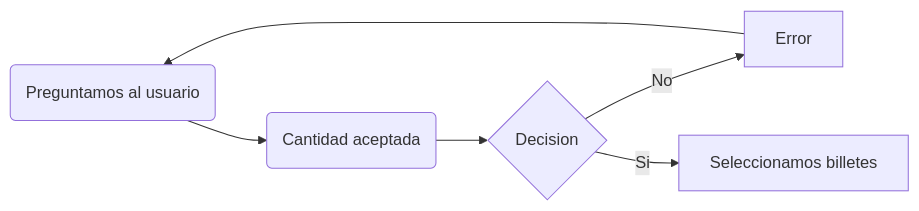
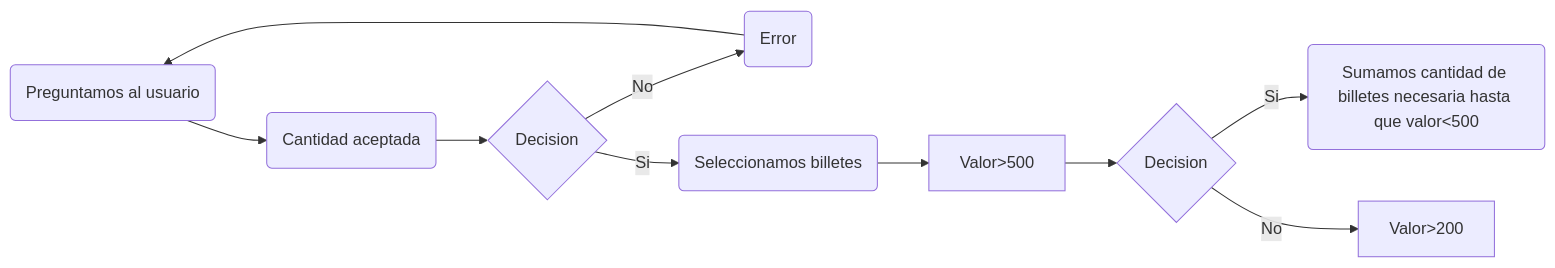
The first of 2 diagrams in README.md (PachecoASIR/Diagramas), drawn with Mermaid before and after one commit.

````diff
--- a/README.md
+++ b/README.md
@@ -9,8 +9,12 @@
 ```mermaid
 flowchart LR
     A(Preguntamos al usuario) -->B(Cantidad aceptada)
     B --> C{Decision}
-    C -->|No| D[Error]
-    C -->|Si| E[Seleccionamos billetes]
+    C -->|No| D(Error)
+    C -->|Si| E(Seleccionamos billetes)
     D --> A
+    E --> F[Valor>500]
+    F --> G{Decision}
+    G -->|Si| H(Sumamos cantidad de billetes necesaria hasta que valor<500)
+    G --> |No| I[Valor>200]
 ```
````
